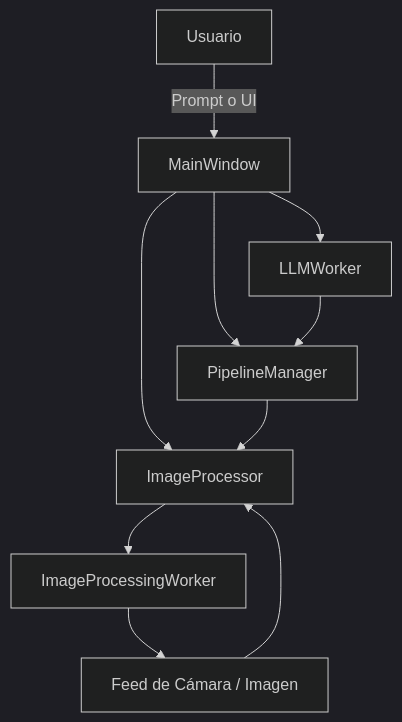
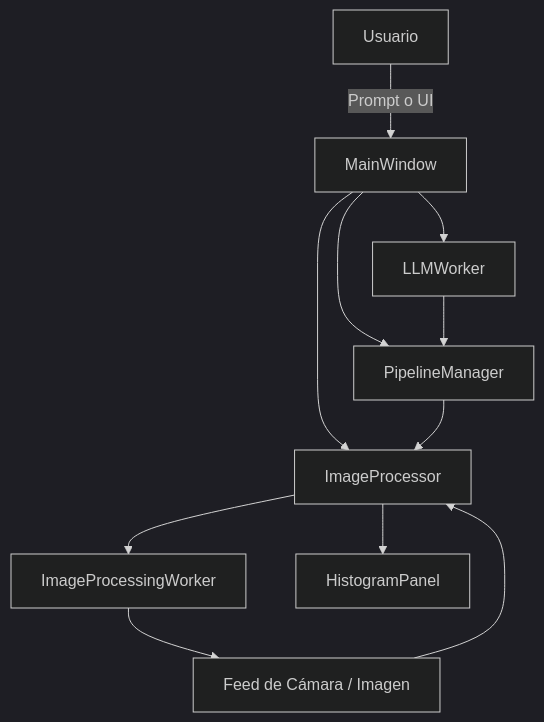
The diagram in README.md (paul0pv/pdi_studio_ai), drawn with Mermaid (dark theme) before and after one commit. The commit also changed other lines of this file and 55 other files, not shown here.

````diff
--- a/README.md
+++ b/README.md
@@ -46,12 +53,13 @@
 ```mermaid
 flowchart TD
     A[Usuario] -->|Prompt o UI| B[MainWindow]
     B --> C[PipelineManager]
     B --> D[ImageProcessor]
     B --> E[LLMWorker]
     C --> D
     E --> C
     D --> F[ImageProcessingWorker]
     F --> G[Feed de Cámara / Imagen]
     G --> D
+    D --> H[HistogramPanel]
 ```
````
